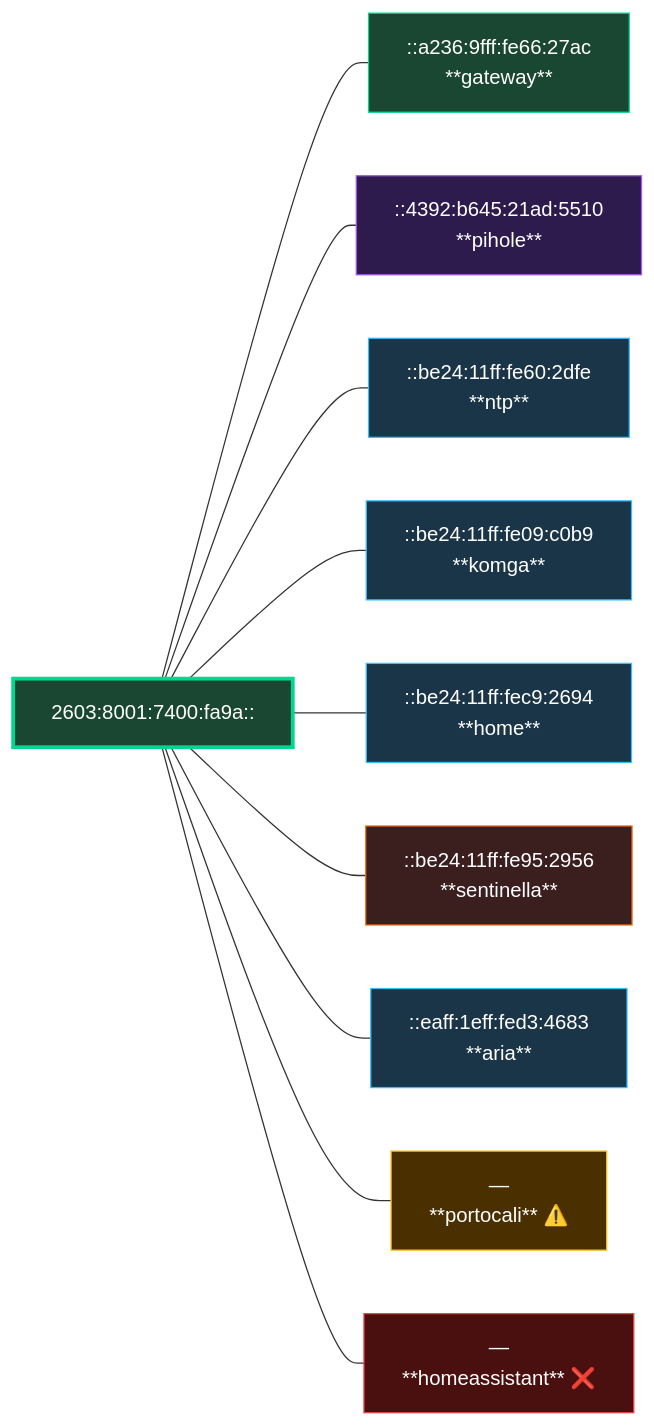
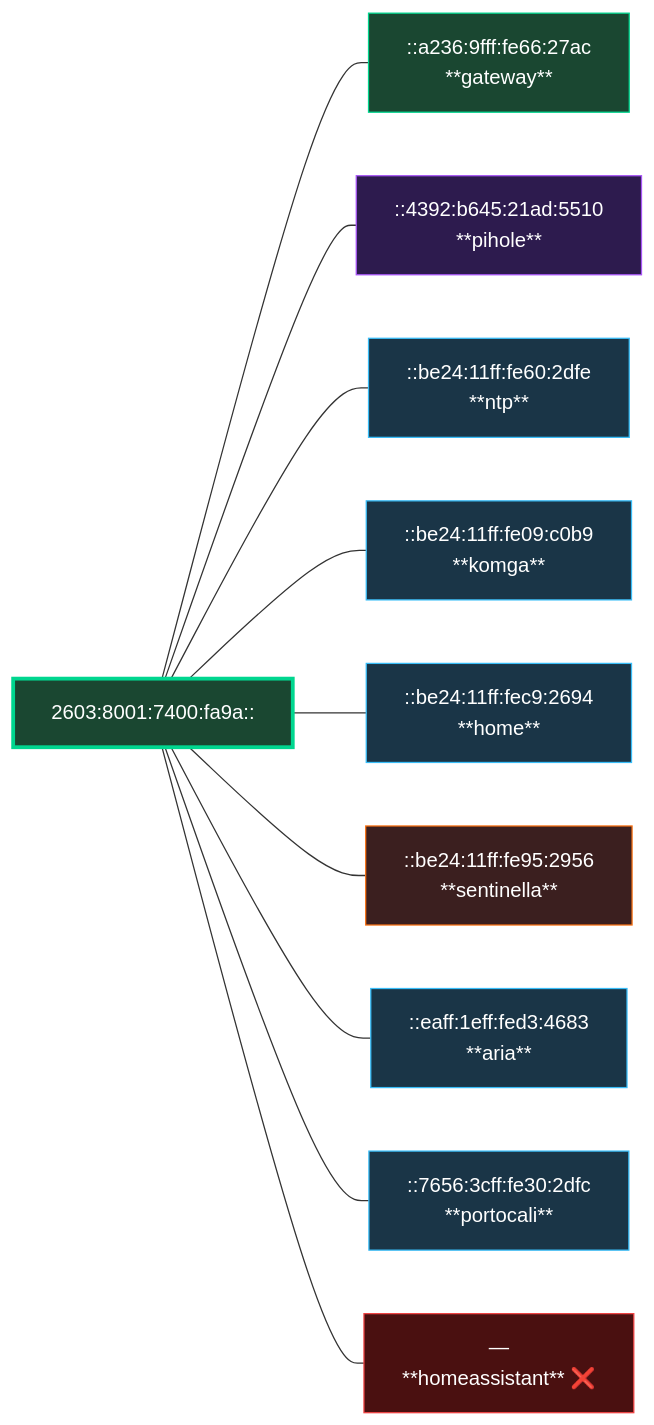
Before and after one commit to ParkWardRR/server.alpina-cleanup: the third of 5 diagrams in docs/network-diagram.md, drawn with Mermaid. The commit also changed other lines of this file and 4 other files, not shown here.

````diff
--- a/docs/network-diagram.md
+++ b/docs/network-diagram.md
@@ -187,34 +187,34 @@
 ```mermaid
 graph LR
     PREFIX["2603:8001:7400:fa9a::"]
 
     PREFIX --- G["::a236:9fff:fe66:27ac
     **gateway**"]
     PREFIX --- P["::4392:b645:21ad:5510
     **pihole**"]
     PREFIX --- N["::be24:11ff:fe60:2dfe
     **ntp**"]
     PREFIX --- K["::be24:11ff:fe09:c0b9
     **komga**"]
     PREFIX --- H["::be24:11ff:fec9:2694
     **home**"]
     PREFIX --- S["::be24:11ff:fe95:2956
     **sentinella**"]
     PREFIX --- A["::eaff:1eff:fed3:4683
     **aria**"]
-    PREFIX --- PO["—
-    **portocali** ⚠️"]
+    PREFIX --- PO["::7656:3cff:fe30:2dfc
+    **portocali**"]
     PREFIX --- HA["—
     **homeassistant** ❌"]
 
     style PREFIX fill:#1a4731,stroke:#00d68f,color:#fff,stroke-width:3px
     style G fill:#1a4731,stroke:#00d68f,color:#fff
     style P fill:#2d1b4e,stroke:#a855f7,color:#fff
     style N fill:#1a3547,stroke:#38bdf8,color:#fff
     style K fill:#1a3547,stroke:#38bdf8,color:#fff
     style H fill:#1a3547,stroke:#38bdf8,color:#fff
     style S fill:#3b1f1f,stroke:#f97316,color:#fff
     style A fill:#1a3547,stroke:#38bdf8,color:#fff
-    style PO fill:#4a3000,stroke:#fbbf24,color:#fff
+    style PO fill:#1a3547,stroke:#38bdf8,color:#fff
     style HA fill:#4a1010,stroke:#ef4444,color:#fff
 ```
````
